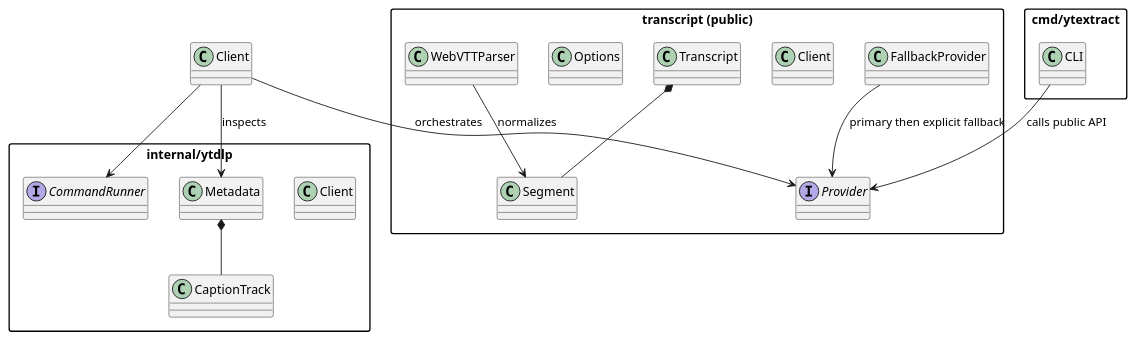
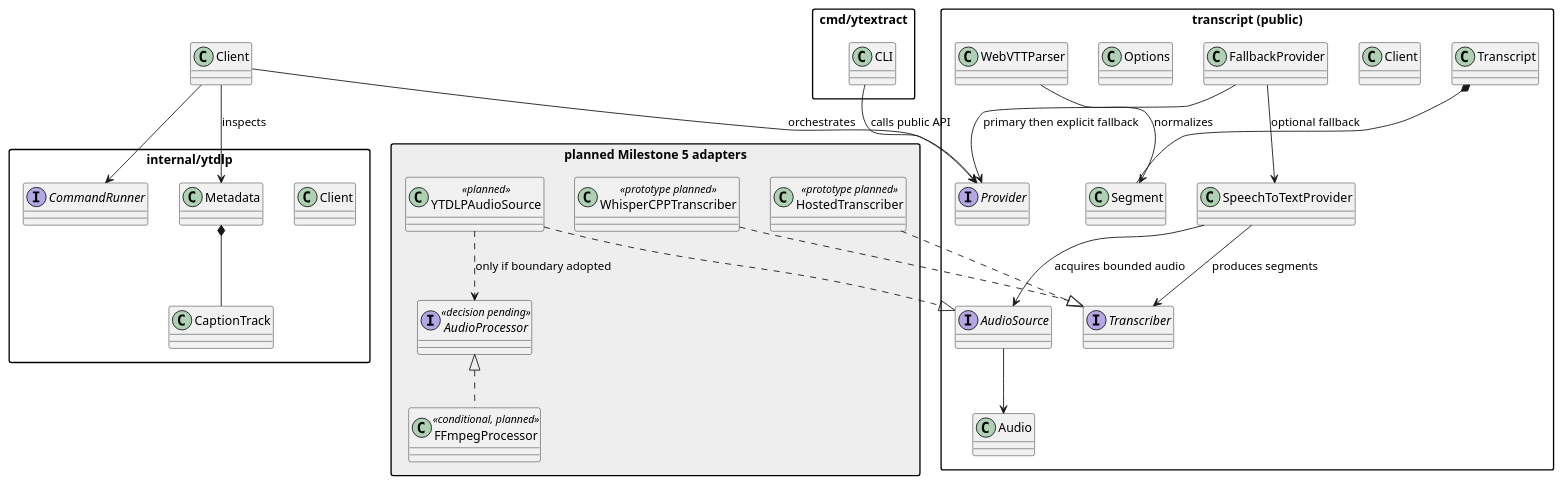
The diagram in docs/uml/packages.puml (mpsanders/voxscripta), drawn with PlantUML before and after one commit. The commit also changed 11 other files, not shown here.

Commit message:
feat: implement speech-to-text provider with audio acquisition and transcription contracts

```diff
--- a/docs/uml/packages.puml
+++ b/docs/uml/packages.puml
@@ -1,33 +1,54 @@
 @startuml
 skinparam packageStyle rectangle
 
 package "transcript (public)" {
   class Transcript
   class Segment
   class Client
   interface Provider
   class FallbackProvider
+  class SpeechToTextProvider
+  interface AudioSource
+  interface Transcriber
+  class Audio
   class Options
   class WebVTTParser
 }
 
 package "internal/ytdlp" {
   class Client
   interface CommandRunner
   class Metadata
   class CaptionTrack
 }
 
+package "planned Milestone 5 adapters" #EEEEEE {
+  class YTDLPAudioSource <<planned>>
+  interface AudioProcessor <<decision pending>>
+  class FFmpegProcessor <<conditional, planned>>
+  class WhisperCPPTranscriber <<prototype planned>>
+  class HostedTranscriber <<prototype planned>>
+}
+
 package "cmd/ytextract" {
   class CLI
 }
 
 CLI --> Provider : calls public API
 Client --> Provider : orchestrates
 FallbackProvider --> Provider : primary then explicit fallback
+FallbackProvider --> SpeechToTextProvider : optional fallback
+SpeechToTextProvider --> AudioSource : acquires bounded audio
+SpeechToTextProvider --> Transcriber : produces segments
+AudioSource --> Audio
+YTDLPAudioSource ..|> AudioSource
+YTDLPAudioSource ..> AudioProcessor : only if boundary adopted
+AudioProcessor <|.. FFmpegProcessor
+WhisperCPPTranscriber ..|> Transcriber
+HostedTranscriber ..|> Transcriber
 Client --> CommandRunner
 Client --> Metadata : inspects
 Metadata *-- CaptionTrack
 Transcript *-- Segment
 WebVTTParser --> Segment : normalizes
 @enduml
```
